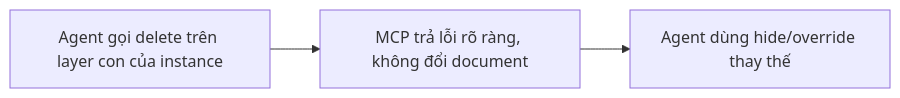
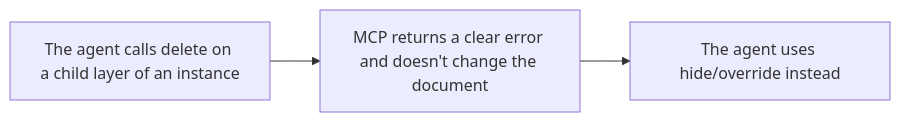
The diagram in plans/specs/v0.7-effects-export/us/US-04.md (jangtrinh/design-os-studio), drawn with Mermaid before and after one commit. The commit also changed other lines of this file and 38 other files, not shown here.

````diff
--- a/plans/specs/v0.7-effects-export/us/US-04.md
+++ b/plans/specs/v0.7-effects-export/us/US-04.md
@@ -42,5 +42,5 @@
 ```mermaid
 flowchart LR
-  A["Agent gọi delete trên layer con của instance"] --> B["MCP trả lỗi rõ ràng, không đổi document"]
-  B --> C["Agent dùng hide/override thay thế"]
+  A["The agent calls delete on a child layer of an instance"] --> B["MCP returns a clear error and doesn't change the document"]
+  B --> C["The agent uses hide/override instead"]
 ```
````
